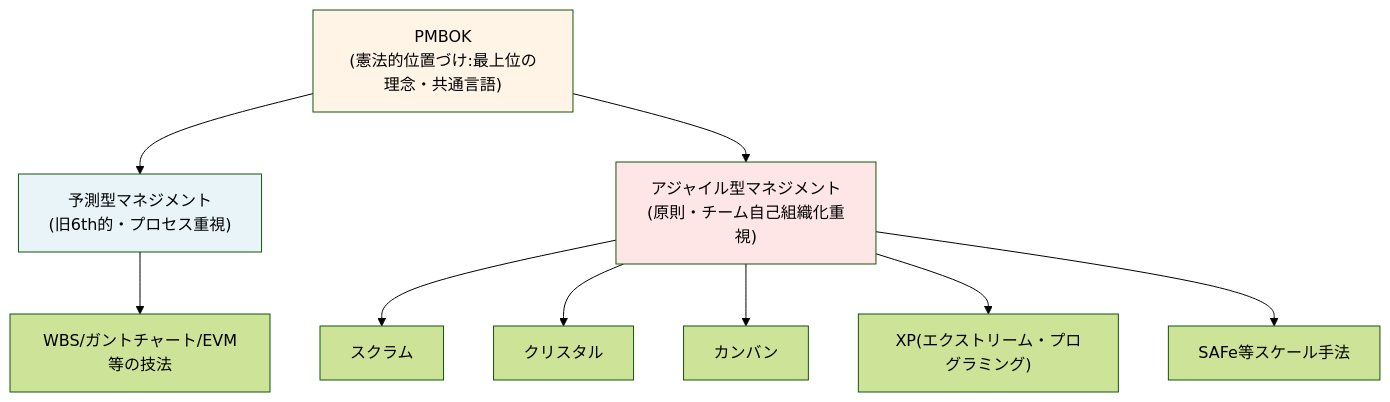
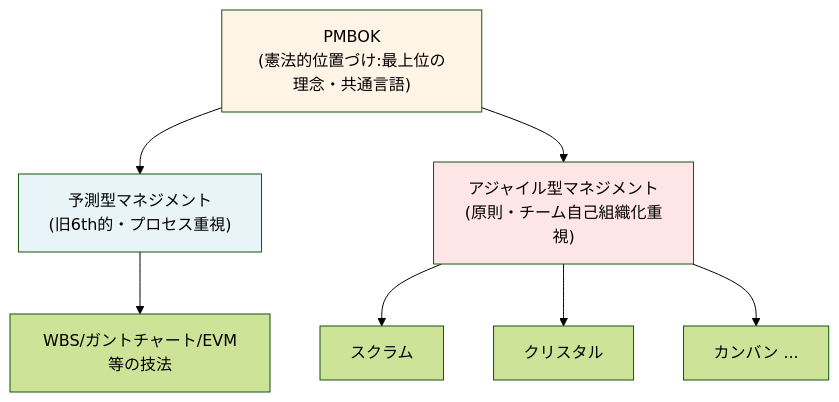
One commit to yuukioosaka/yuukioosaka.github.io changed the first of 3 diagrams in _posts/2026-08-08-pmbok8-summary.md. Above: the diagram before and after it, drawn with Mermaid (forest theme).

````diff
--- a/_posts/2026-08-08-pmbok8-summary.md
+++ b/_posts/2026-08-08-pmbok8-summary.md
@@ -10,18 +10,16 @@
 ```mermaid
 flowchart TB
     PMBOK["PMBOK<br/>(憲法的位置づけ:最上位の理念・共通言語)"]
 
     PMBOK --> PRED["予測型マネジメント<br/>(旧6th的・プロセス重視)"]
     PMBOK --> AGILE["アジャイル型マネジメント<br/>(原則・チーム自己組織化重視)"]
 
     PRED --> WBS["WBS/ガントチャート/EVM等の技法"]
     AGILE --> SCRUM["スクラム"]
     AGILE --> CRYSTAL["クリスタル"]
-    AGILE --> KANBAN["カンバン"]
-    AGILE --> XP["XP(エクストリーム・プログラミング)"]
-    AGILE --> SAFE["SAFe等スケール手法"]
+    AGILE --> KANBAN["カンバン ..."]
 
     style PMBOK fill:#fff4e6
     style PRED fill:#e8f4f8
     style AGILE fill:#ffe6e6
 ```
````
